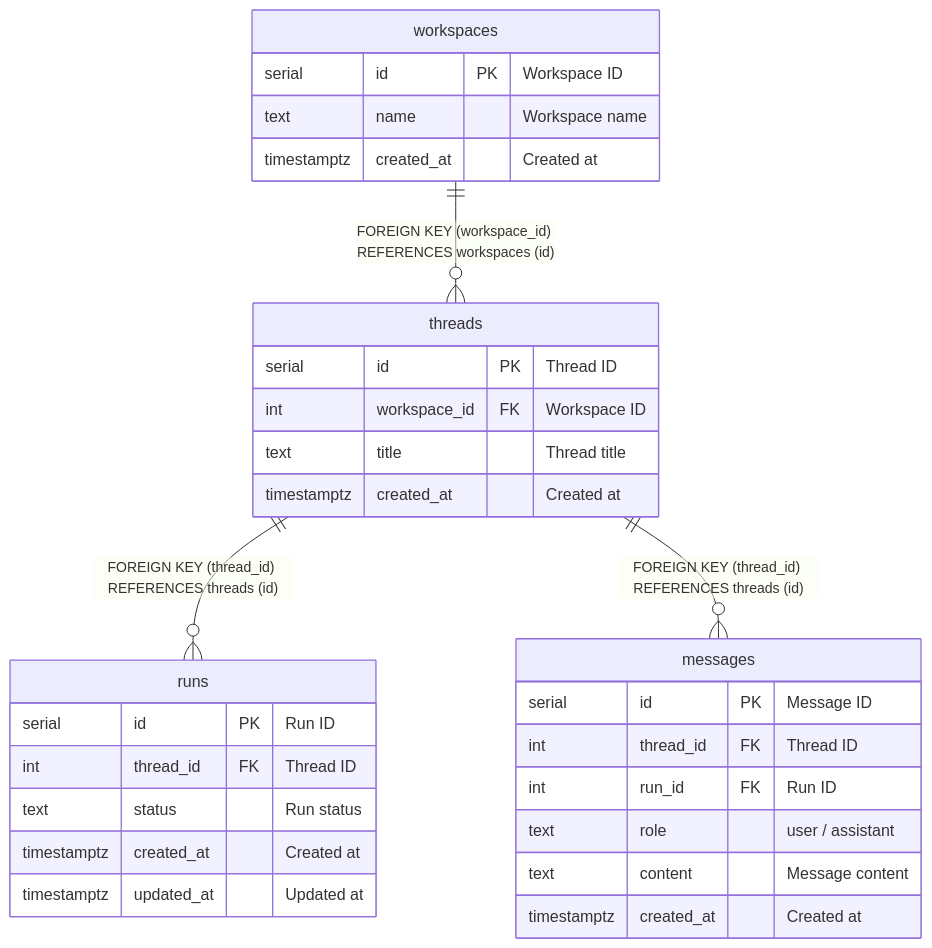
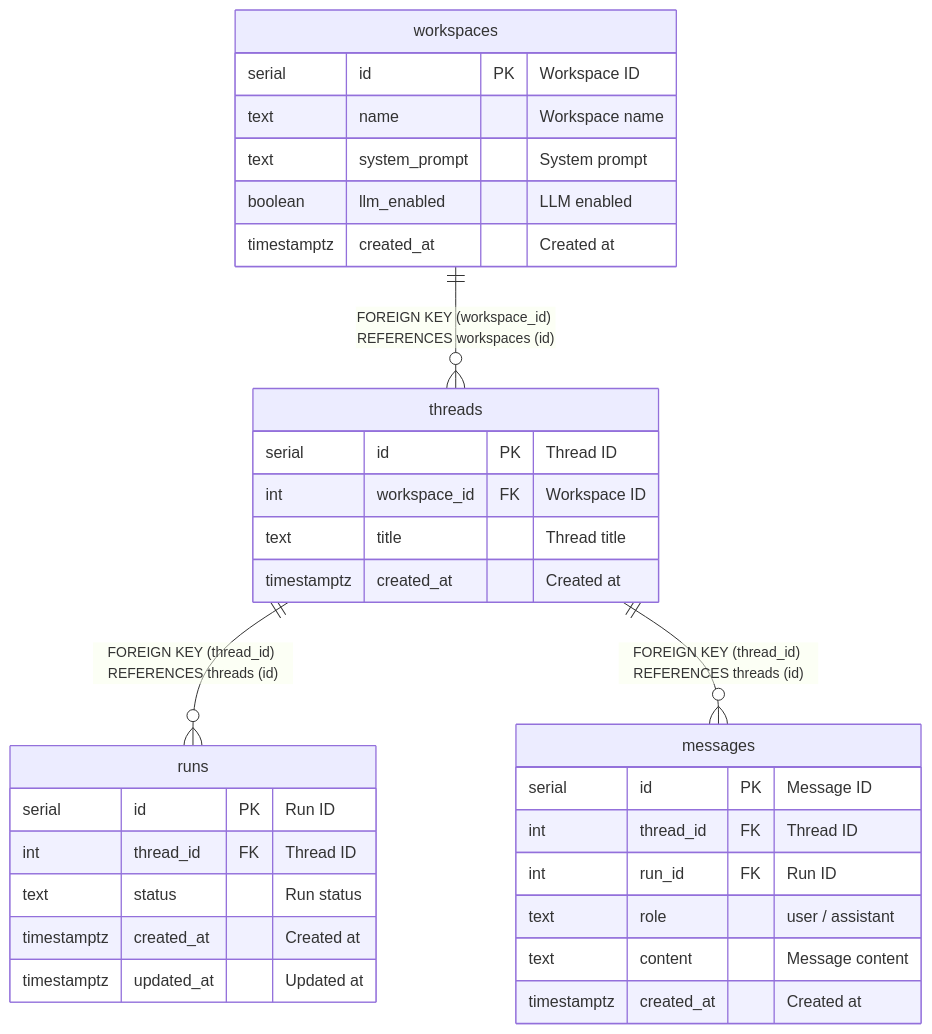
Before and after one commit to k-kanke/ai-workspace-platform: the diagram in docs/schema/threads.md, drawn with Mermaid. The commit also changed other lines of this file and 15 other files, not shown here.

````diff
--- a/docs/schema/threads.md
+++ b/docs/schema/threads.md
@@ -44,34 +44,36 @@
 ```mermaid
 erDiagram
 
 "workspaces" ||--o{ "threads" : "FOREIGN KEY (workspace_id) REFERENCES workspaces (id)"
 "threads" ||--o{ "runs" : "FOREIGN KEY (thread_id) REFERENCES threads (id)"
 "threads" ||--o{ "messages" : "FOREIGN KEY (thread_id) REFERENCES threads (id)"
 
 "threads" {
   serial id PK "Thread ID"
   int workspace_id FK "Workspace ID"
   text title "Thread title"
   timestamptz created_at "Created at"
 }
 "workspaces" {
   serial id PK "Workspace ID"
   text name "Workspace name"
+  text system_prompt "System prompt"
+  boolean llm_enabled "LLM enabled"
   timestamptz created_at "Created at"
 }
 "runs" {
   serial id PK "Run ID"
   int thread_id FK "Thread ID"
   text status "Run status"
   timestamptz created_at "Created at"
   timestamptz updated_at "Updated at"
 }
 "messages" {
   serial id PK "Message ID"
   int thread_id FK "Thread ID"
   int run_id FK "Run ID"
   text role "user / assistant"
   text content "Message content"
   timestamptz created_at "Created at"
 }
 ```
````
